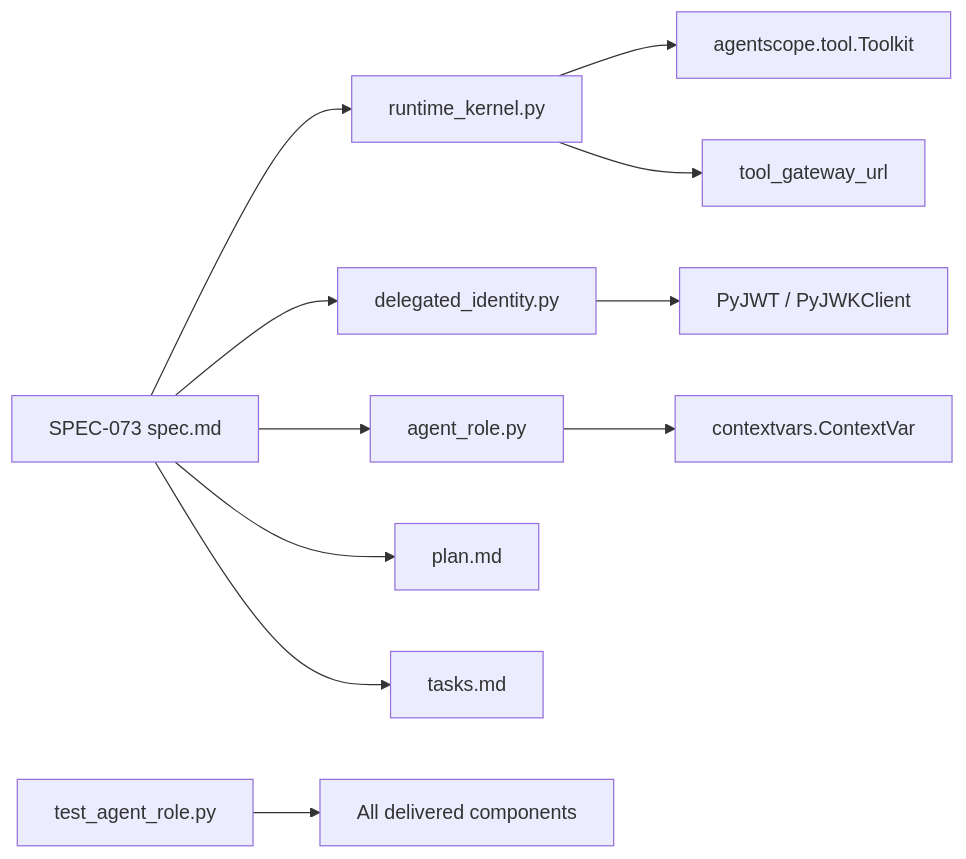
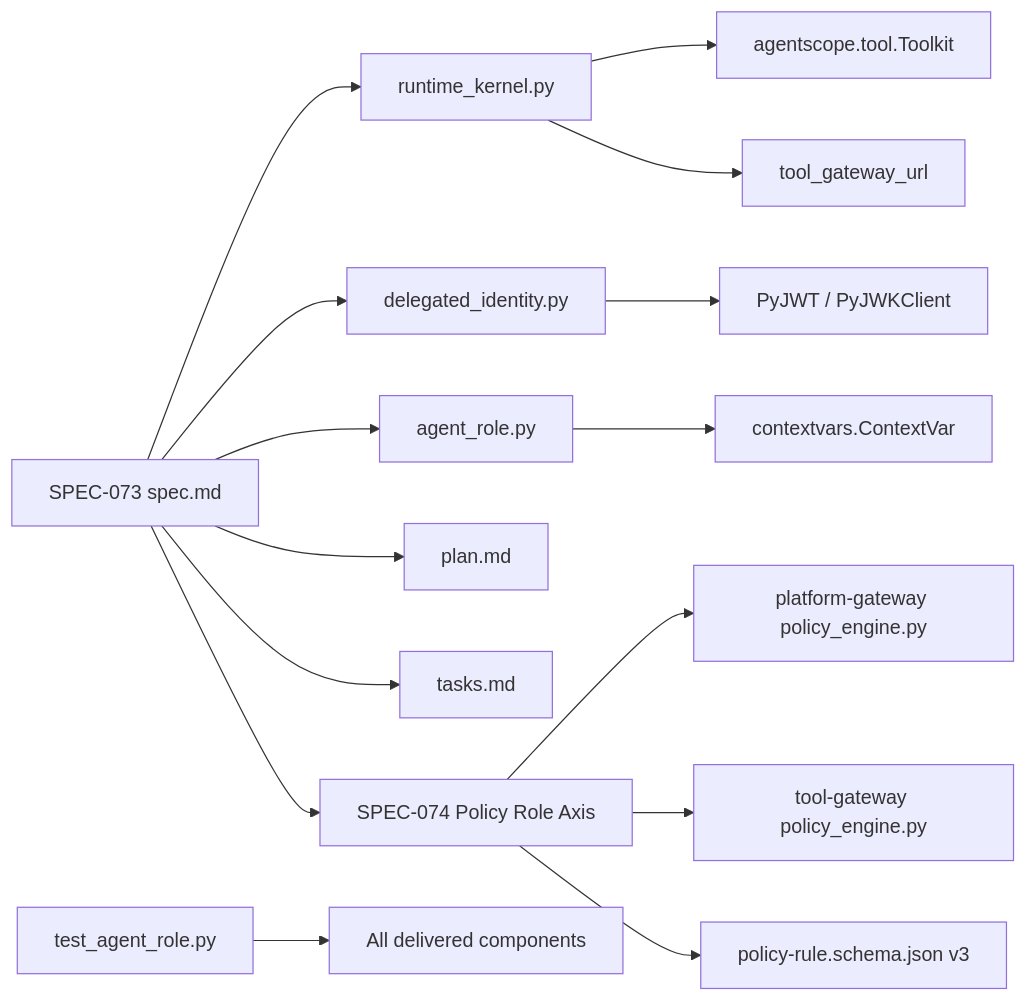
One commit to metasync/luban-aiops changed the eighth of 8 diagrams in .qoder/repowiki/en/content/Shared Contracts/SPEC-073_ Role-Scoped Agent Identity and Authority.md. Above: the diagram before and after it, drawn with Mermaid. The commit also changed other lines of this file and 128 other files, not shown here.

````diff
--- a/.qoder/repowiki/en/content/Shared Contracts/SPEC-073_ Role-Scoped Agent Identity and Authority.md
+++ b/.qoder/repowiki/en/content/Shared Contracts/SPEC-073_ Role-Scoped Agent Identity and Authority.md
@@ -296,13 +351,17 @@
 ```mermaid
 graph LR
 Spec["SPEC-073 spec.md"] --> Kernel["runtime_kernel.py"]
 Spec --> Identity["delegated_identity.py"]
 Spec --> RoleModule["agent_role.py"]
 Spec --> Plan["plan.md"]
 Spec --> Tasks["tasks.md"]
+Spec --> PolicyAxis["SPEC-074 Policy Role Axis"]
 Kernel --> Agentscope["agentscope.tool.Toolkit"]
 Kernel --> Gateway["tool_gateway_url"]
 Identity --> JWT["PyJWT / PyJWKClient"]
 RoleModule --> ContextVars["contextvars.ContextVar"]
+PolicyAxis --> PlatformGW["platform-gateway policy_engine.py"]
+PolicyAxis --> ToolGW["tool-gateway policy_engine.py"]
+PolicyAxis --> Schema["policy-rule.schema.json v3"]
 Tests["test_agent_role.py"] --> AllComponents["All delivered components"]
 ```
````
